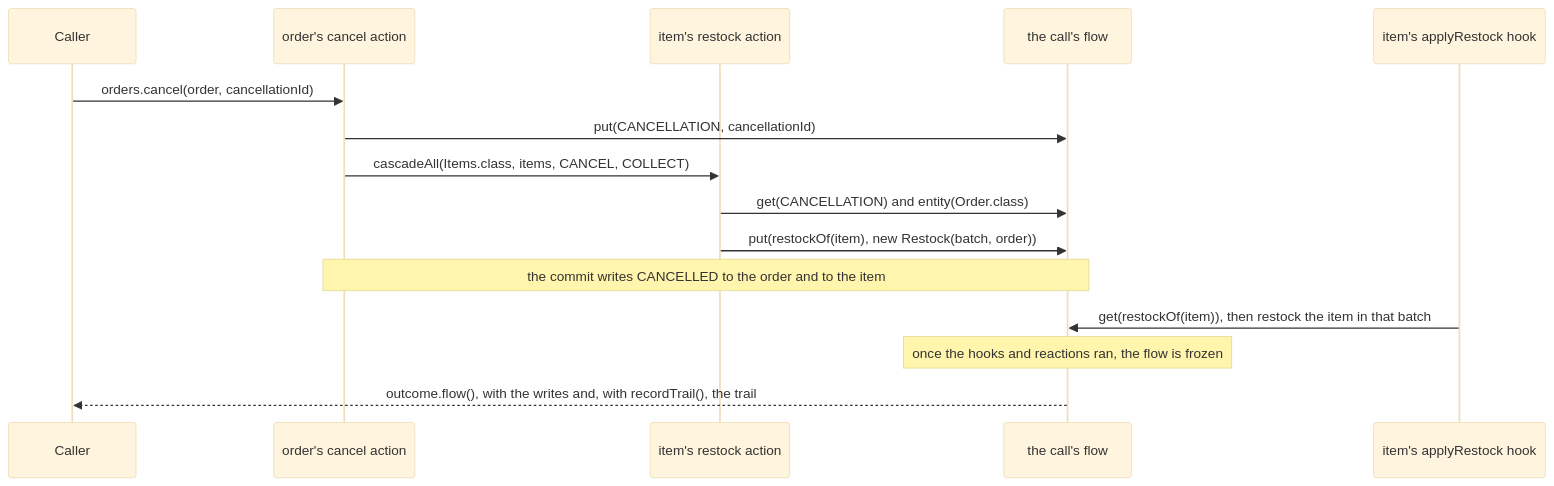
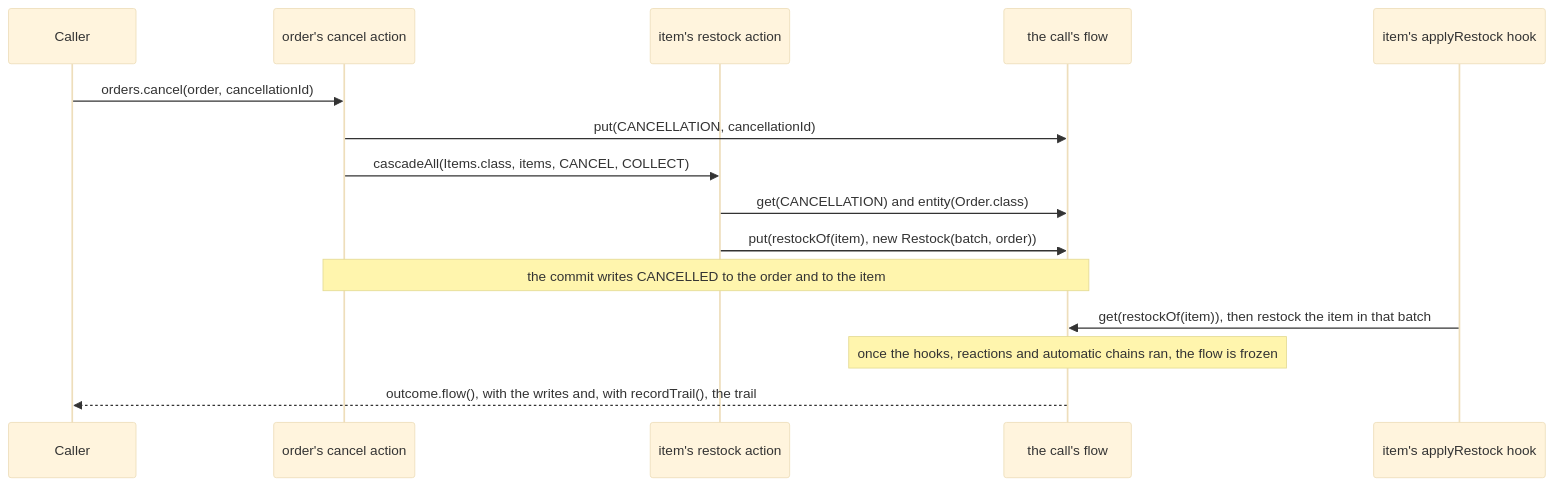
The diagram in docs/call-flow.md (graphmaquina/graphmaquina), drawn with Mermaid (base theme) before and after one commit. The commit also changed other lines of this file and 36 other files, not shown here.

````diff
--- a/docs/call-flow.md
+++ b/docs/call-flow.md
@@ -21,17 +21,17 @@
 ```mermaid
 sequenceDiagram
     participant Caller
     participant Cancel as order's cancel action
     participant Restock as item's restock action
     participant Flow as the call's flow
     participant Hook as item's applyRestock hook
     Caller->>Cancel: orders.cancel(order, cancellationId)
     Cancel->>Flow: put(CANCELLATION, cancellationId)
     Cancel->>Restock: cascadeAll(Items.class, items, CANCEL, COLLECT)
     Restock->>Flow: get(CANCELLATION) and entity(Order.class)
     Restock->>Flow: put(restockOf(item), new Restock(batch, order))
     Note over Cancel,Flow: the commit writes CANCELLED to the order and to the item
     Hook->>Flow: get(restockOf(item)), then restock the item in that batch
-    Note over Flow: once the hooks and reactions ran, the flow is frozen
+    Note over Flow: once the hooks, reactions and automatic chains ran, the flow is frozen
     Flow-->>Caller: outcome.flow(), with the writes and, with recordTrail(), the trail
 ```
````
